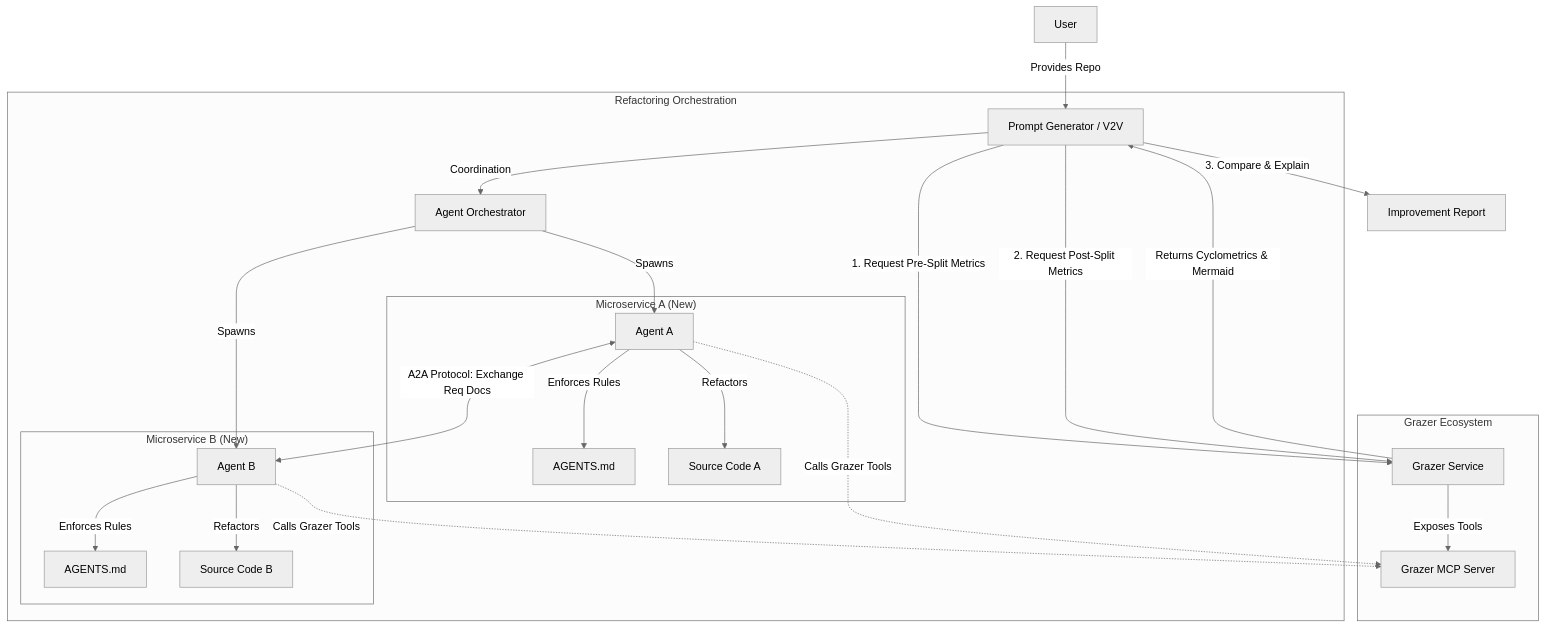
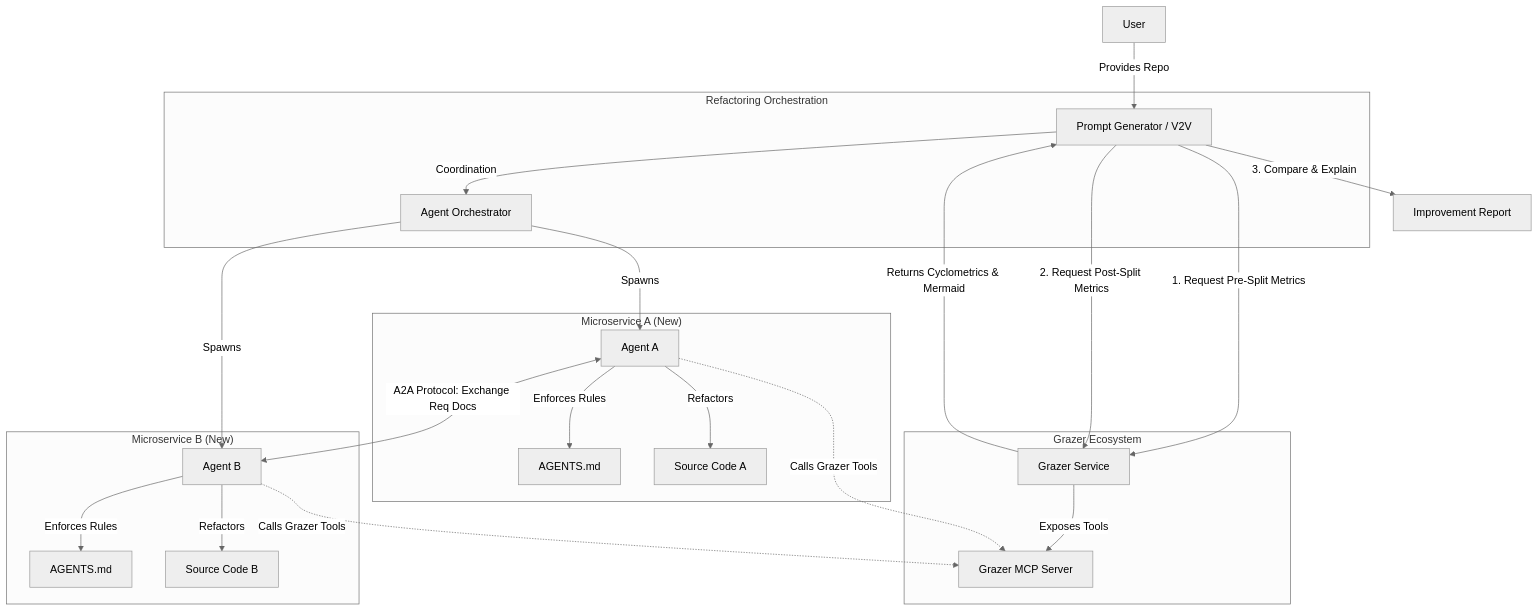
One commit to kirilligum/vibe2vibe-hackathon-251206 changed the diagram in diagrams/architecture.mmd. Above: the diagram before and after it, drawn with Mermaid (neutral theme). The commit also changed 2 other files, not shown here.

Commit message:
docs: Update README with architecture specification

```diff
--- a/diagrams/architecture.mmd
+++ b/diagrams/architecture.mmd
@@ -1,45 +1,45 @@
 graph TD
     User[User] -->|Provides Repo| PG[Prompt Generator / V2V]
     
     subgraph "Grazer Ecosystem"
         Grazer[Grazer Service]
         MCP[Grazer MCP Server]
         Grazer -->|Exposes Tools| MCP
     end
 
     subgraph "Refactoring Orchestration"
         PG -->|Coordination| AgentOrch[Agent Orchestrator]
-        
-        subgraph "Microservice A (New)"
-            AgentA[Agent A]
-            ConfigA[AGENTS.md]
-            CodeA[Source Code A]
-            AgentA -->|Enforces Rules| ConfigA
-            AgentA -->|Refactors| CodeA
-        end
+    end
 
-        subgraph "Microservice B (New)"
-            AgentB[Agent B]
-            ConfigB[AGENTS.md]
-            CodeB[Source Code B]
-            AgentB -->|Enforces Rules| ConfigB
-            AgentB -->|Refactors| CodeB
-        end
+    subgraph "Microservice A (New)"
+        AgentA[Agent A]
+        ConfigA[AGENTS.md]
+        CodeA[Source Code A]
+        AgentA -->|Enforces Rules| ConfigA
+        AgentA -->|Refactors| CodeA
+    end
+
+    subgraph "Microservice B (New)"
+        AgentB[Agent B]
+        ConfigB[AGENTS.md]
+        CodeB[Source Code B]
+        AgentB -->|Enforces Rules| ConfigB
+        AgentB -->|Refactors| CodeB
     end
 
     %% Key Flow: PG talks to Grazer TWICE
     PG -->|1. Request Pre-Split Metrics| Grazer
     PG -->|2. Request Post-Split Metrics| Grazer
     Grazer -->|Returns Cyclometrics & Mermaid| PG
 
     PG -->|3. Compare & Explain| Diff[Improvement Report]
     
     AgentOrch -->|Spawns| AgentA
     AgentOrch -->|Spawns| AgentB
 
     %% A2A Communication
     AgentA <-->|A2A Protocol: Exchange Req Docs| AgentB
     
     %% Use MCP
     AgentA -.->|Calls Grazer Tools| MCP
     AgentB -.->|Calls Grazer Tools| MCP
```
